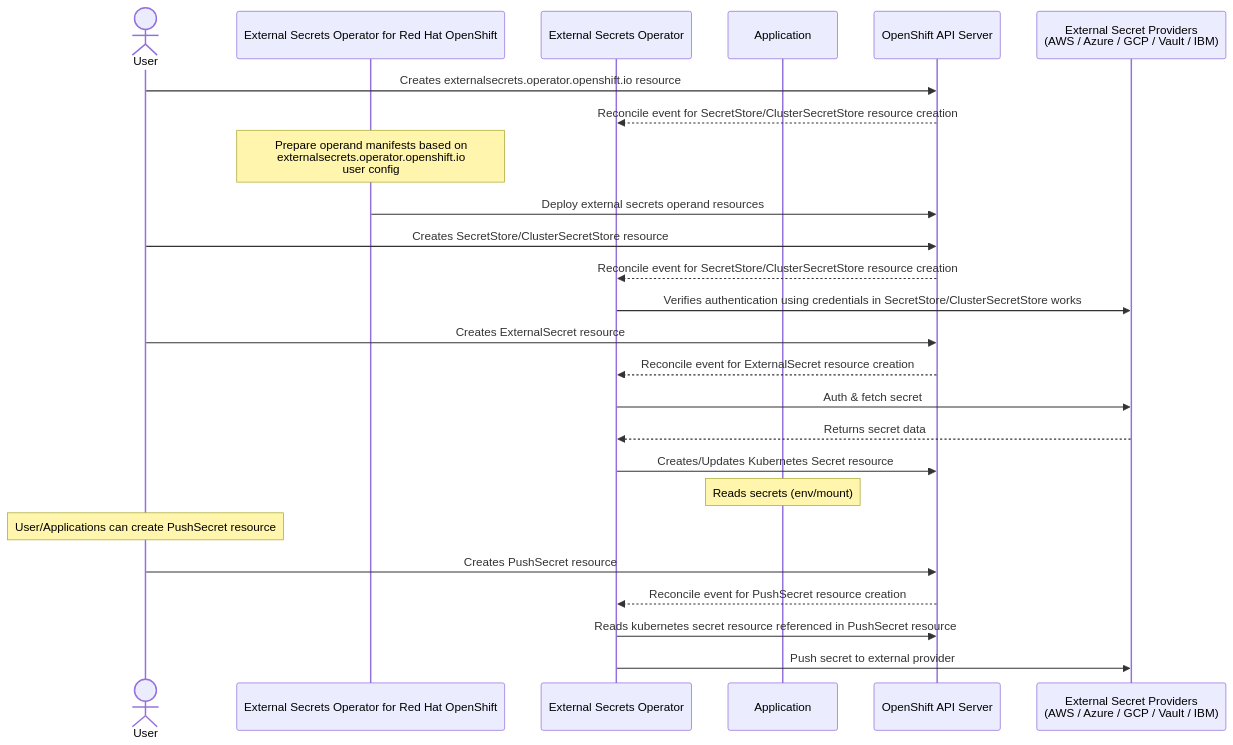
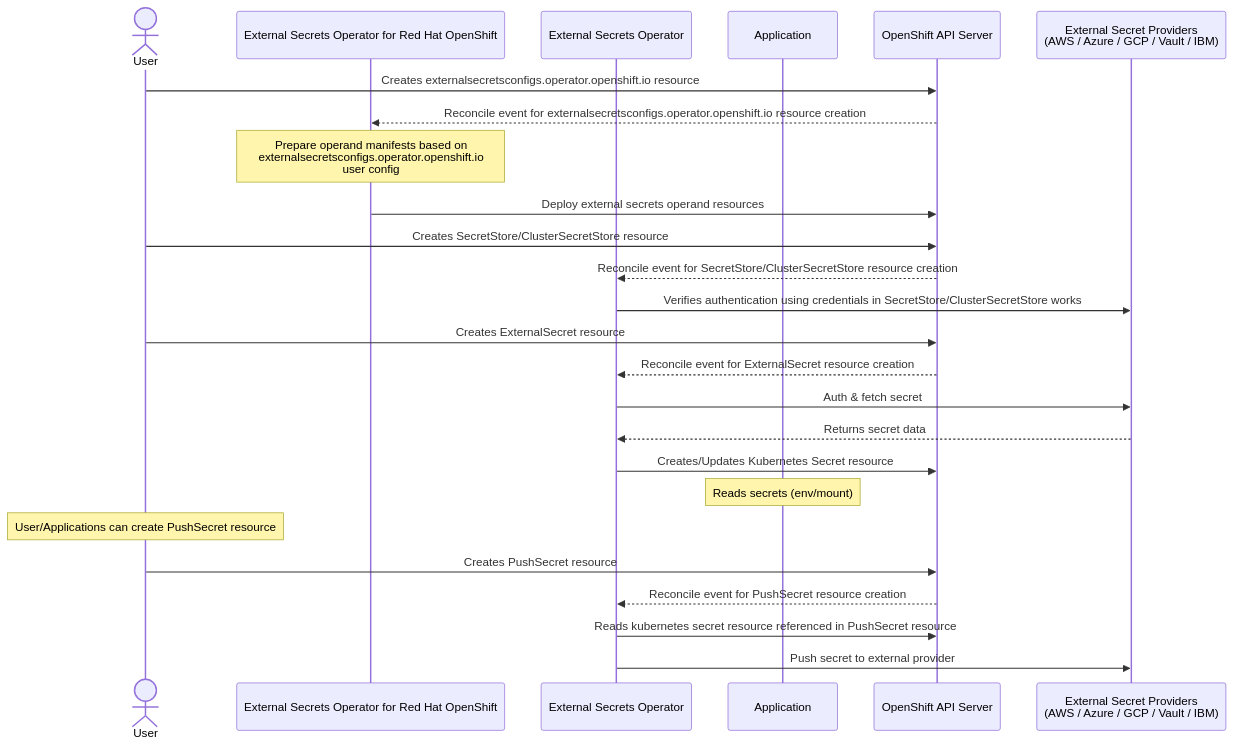
One commit to openshift/enhancements changed the diagram in enhancements/external-secrets-operator/external-secrets-operator.md. Above: the diagram before and after it, drawn with Mermaid. The commit also changed other lines of this file, not shown here.

Commit message:
ESO-101: Revisits and restructures external-secrets-operator APIs for GA

````diff
--- a/enhancements/external-secrets-operator/external-secrets-operator.md
+++ b/enhancements/external-secrets-operator/external-secrets-operator.md
@@ -123,35 +130,35 @@
 ```mermaid
 sequenceDiagram
     actor User as User
     participant RHESO as External Secrets Operator for Red Hat OpenShift
     participant ESO as External Secrets Operator
     participant App as Application
     participant API as OpenShift API Server
     participant Providers as External Secret Providers<br/>(AWS / Azure / GCP / Vault / IBM)
 
     %% external secrets operand deployment
-    User->>API: Creates externalsecrets.operator.openshift.io resource
-    API-->>ESO: Reconcile event for SecretStore/ClusterSecretStore resource creation
-    Note over RHESO: Prepare operand manifests based on<br/>externalsecrets.operator.openshift.io<br/>user config
+    User->>API: Creates externalsecretsconfigs.operator.openshift.io resource
+    API-->>RHESO: Reconcile event for externalsecretsconfigs.operator.openshift.io resource creation
+    Note over RHESO: Prepare operand manifests based on<br/>externalsecretsconfigs.operator.openshift.io<br/>user config
     RHESO->>API: Deploy external secrets operand resources
 
     %% SecretStore creation
     User->>API: Creates SecretStore/ClusterSecretStore resource
     API-->>ESO: Reconcile event for SecretStore/ClusterSecretStore resource creation
     ESO->>Providers: Verifies authentication using credentials in SecretStore/ClusterSecretStore works
 
     %% Pull Flow
     User->>API: Creates ExternalSecret resource
     API-->>ESO: Reconcile event for ExternalSecret resource creation
     ESO->>Providers: Auth & fetch secret
     Providers-->>ESO: Returns secret data
     ESO->>API: Creates/Updates Kubernetes Secret resource
     Note over App: Reads secrets (env/mount)
 
     %% Push Flow
     Note over User: User/Applications can create PushSecret resource
     User->>API: Creates PushSecret resource
     API-->>ESO: Reconcile event for PushSecret resource creation
     ESO->>API: Reads kubernetes secret resource referenced in PushSecret resource
     ESO->>Providers: Push secret to external provider
 ```
````
